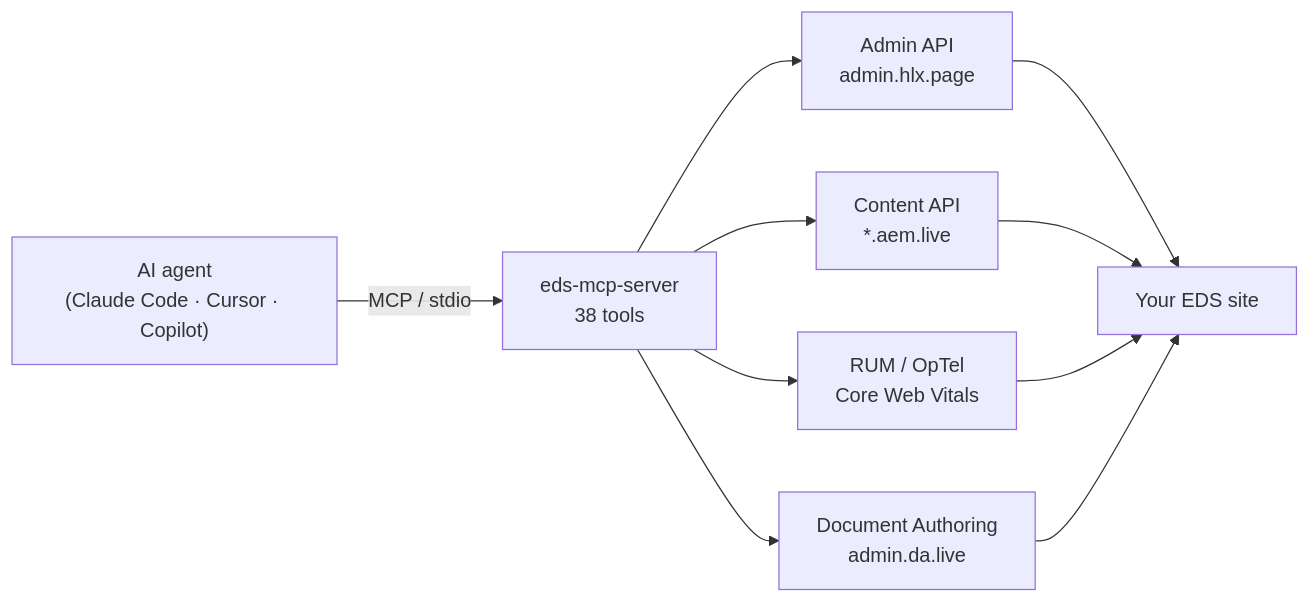
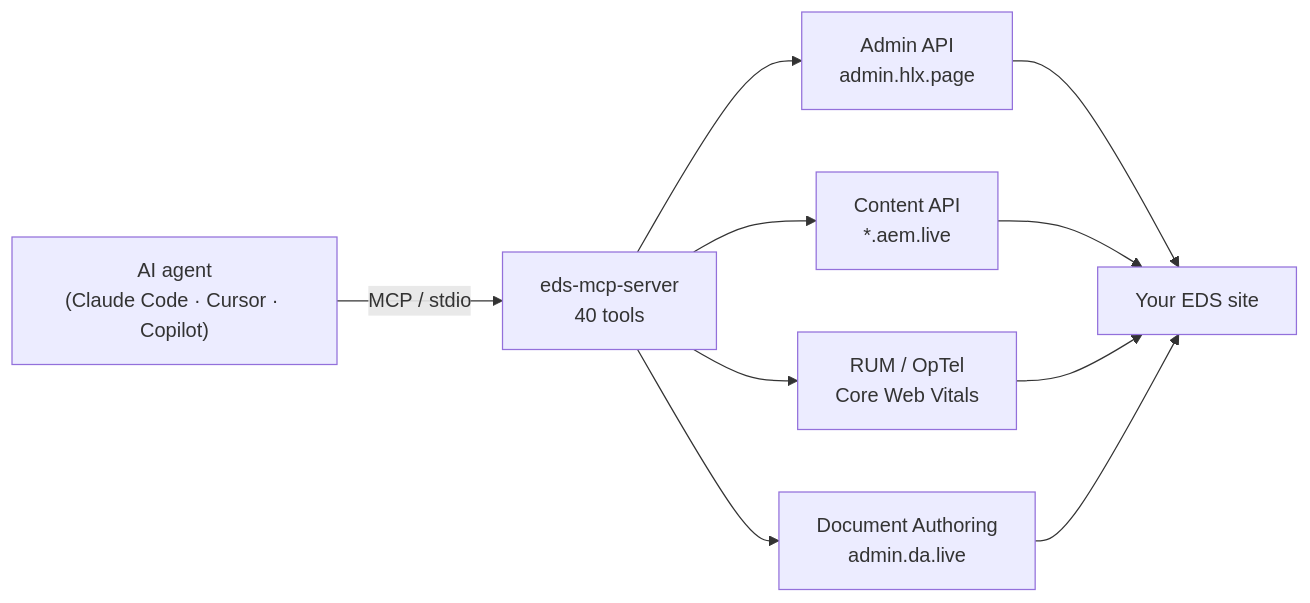
Before and after one commit to Focus-GTS/eds-mcp-server: the second of 3 diagrams in README.md, drawn with Mermaid. The commit also changed other lines of this file and 14 other files, not shown here.

````diff
--- a/README.md
+++ b/README.md
@@ -57,12 +57,12 @@
 ```mermaid
 flowchart LR
-  A["AI agent<br/>(Claude Code · Cursor · Copilot)"] -- MCP / stdio --> B["eds-mcp-server<br/>38 tools"]
+  A["AI agent<br/>(Claude Code · Cursor · Copilot)"] -- MCP / stdio --> B["eds-mcp-server<br/>40 tools"]
   B --> C["Admin API<br/>admin.hlx.page"]
   B --> D["Content API<br/>*.aem.live"]
   B --> E["RUM / OpTel<br/>Core Web Vitals"]
   B --> G["Document Authoring<br/>admin.da.live"]
   C --> F["Your EDS site"]
   D --> F
   E --> F
   G --> F
 ```
````
